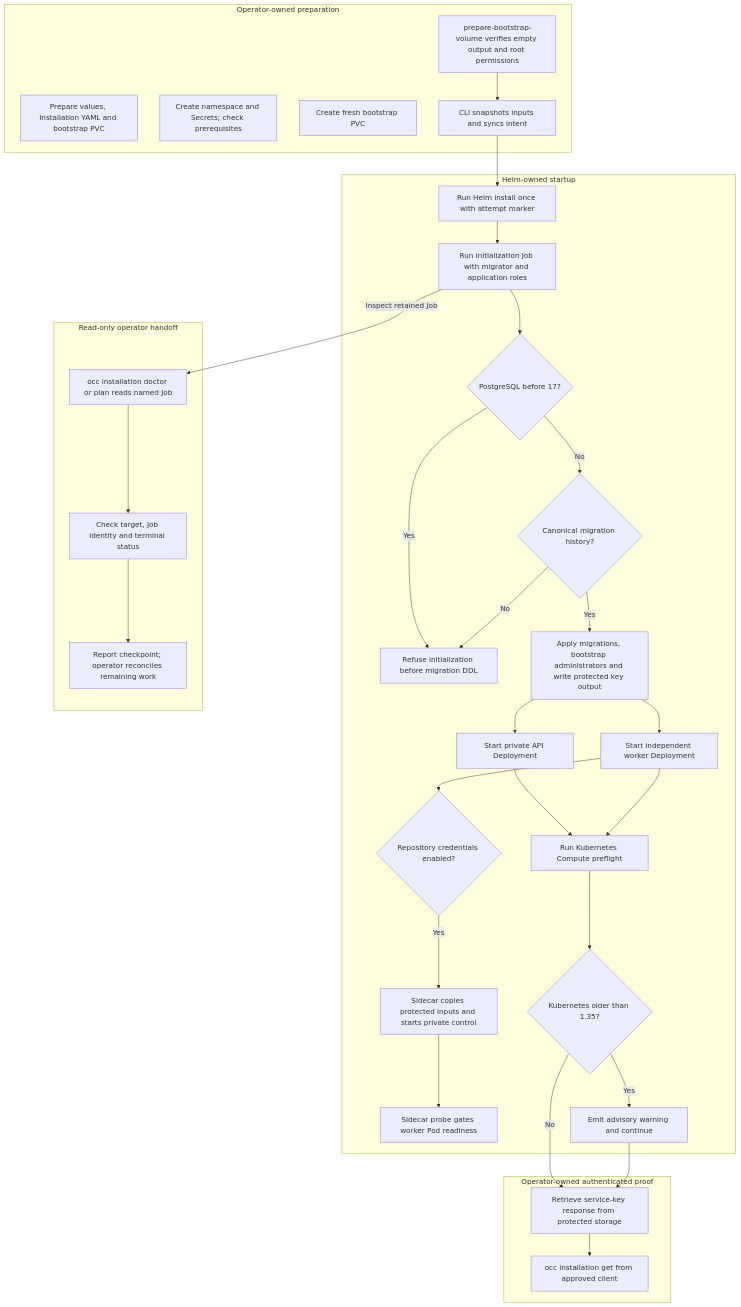
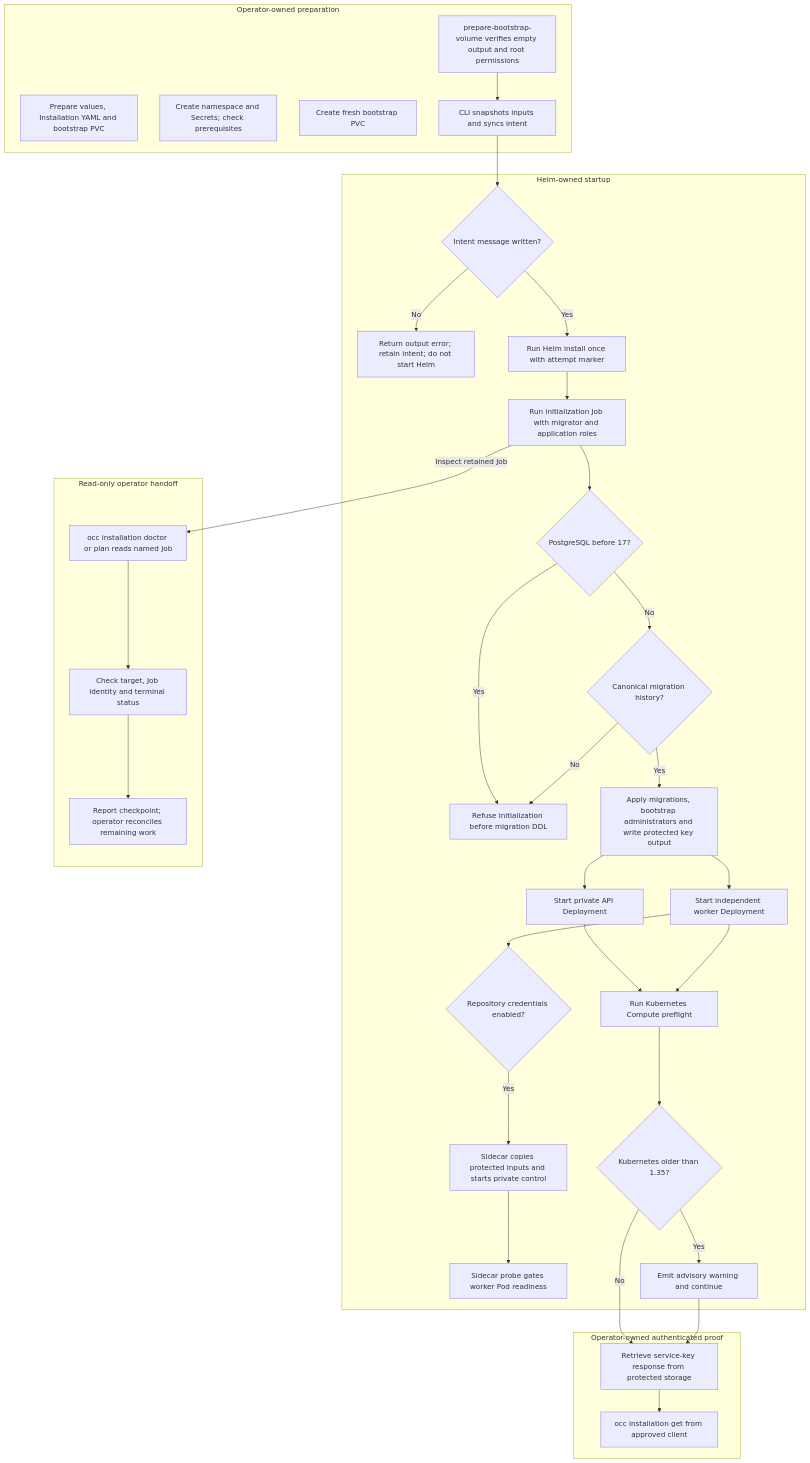
Before and after one commit to openclaw/openclaw-enterprise: the diagram in docs/flows/production-startup.md, drawn with Mermaid. The commit also changed other lines of this file and 6 other files, not shown here.

````diff
--- a/docs/flows/production-startup.md
+++ b/docs/flows/production-startup.md
@@ -33,38 +33,40 @@
 ```mermaid
 graph TD
     subgraph Operator["Operator-owned preparation"]
         A["Prepare values, Installation YAML and bootstrap PVC"]
         B["Create namespace and Secrets; check prerequisites"]
         C["Create fresh bootstrap PVC"]
         D["prepare-bootstrap-volume verifies empty output and root permissions"]
         D --> RC["CLI snapshots inputs and syncs intent"]
     end
     subgraph Helm["Helm-owned startup"]
-        RC --> E["Run Helm install once with attempt marker"]
+        RC --> WR{"Intent message written?"}
+        WR -->|No| X["Return output error; retain intent; do not start Helm"]
+        WR -->|Yes| E["Run Helm install once with attempt marker"]
         E --> F["Run initialization Job with migrator and application roles"]
         F --> V{"PostgreSQL before 17?"}
         V -->|Yes| P["Refuse initialization before migration DDL"]
         V -->|No| O{"Canonical migration history?"}
         O -->|No| P
         O -->|Yes| G["Apply migrations, bootstrap administrators and write protected key output"]
         G --> H["Start private API Deployment"]
         G --> I["Start independent worker Deployment"]
         I --> R{"Repository credentials enabled?"}
         R -->|Yes| S["Sidecar copies protected inputs and starts private control"]
         S --> Q["Sidecar probe gates worker Pod readiness"]
         H --> L["Run Kubernetes Compute preflight"]
         I --> L
         L --> M{"Kubernetes older than 1.35?"}
         M -->|Yes| N["Emit advisory warning and continue"]
     end
     subgraph Handoff["Read-only operator handoff"]
         F -->|Inspect retained Job| T["occ installation doctor or plan reads named Job"]
         T --> U["Check target, Job identity and terminal status"]
         U --> W["Report checkpoint; operator reconciles remaining work"]
     end
     subgraph Proof["Operator-owned authenticated proof"]
         M -->|No| J["Retrieve service-key response from protected storage"]
         N --> J
         J --> K["occ installation get from approved client"]
     end
 ```
````
